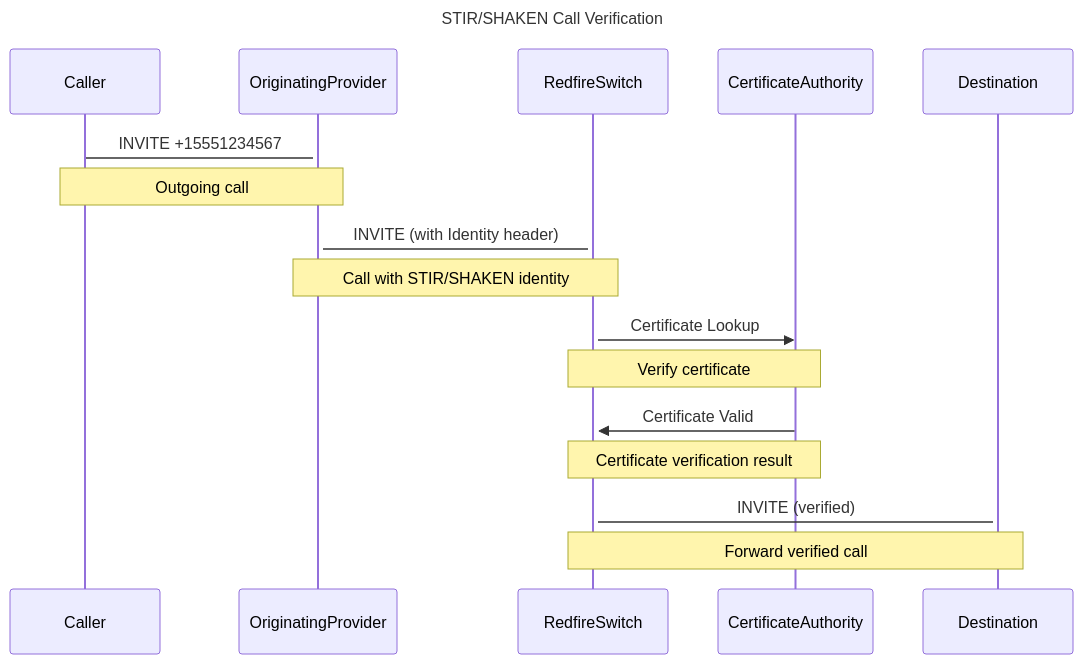
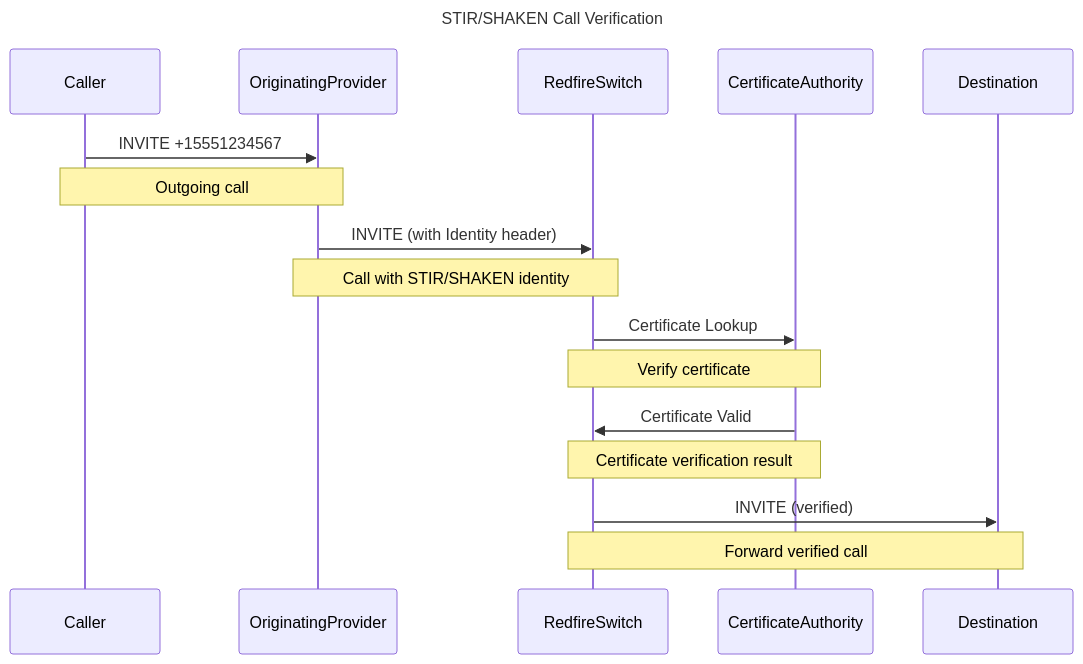
The diagram in docs/generated/call_flows/stir/shaken_call_verification.mermaid (carrierone/redfire-switch), drawn with Mermaid before and after one commit. The commit also changed 2 other files, not shown here.

Commit message:
Fix Mermaid sequence diagram activation syntax errors
- Remove participant activation/deactivation symbols that were causing GitHub rendering errors
- Update all sequence diagrams to use standard arrow syntax
- Resolves "Trying to inactivate an inactive participant" error

🤖 Generated with [Claude Code](https://claude.ai/code)

```diff
--- a/docs/generated/call_flows/stir/shaken_call_verification.mermaid
+++ b/docs/generated/call_flows/stir/shaken_call_verification.mermaid
@@ -1,18 +1,18 @@
 sequenceDiagram
     title STIR/SHAKEN Call Verification
     participant Caller
     participant OriginatingProvider
     participant RedfireSwitch
     participant CertificateAuthority
     participant Destination
 
-    Caller ->+ OriginatingProvider: INVITE +15551234567
+    Caller ->> OriginatingProvider: INVITE +15551234567
     Note over Caller,OriginatingProvider: Outgoing call
-    OriginatingProvider ->+ RedfireSwitch: INVITE (with Identity header)
+    OriginatingProvider ->> RedfireSwitch: INVITE (with Identity header)
     Note over OriginatingProvider,RedfireSwitch: Call with STIR/SHAKEN identity
     RedfireSwitch ->> CertificateAuthority: Certificate Lookup
     Note over RedfireSwitch,CertificateAuthority: Verify certificate
     CertificateAuthority ->> RedfireSwitch: Certificate Valid
     Note over CertificateAuthority,RedfireSwitch: Certificate verification result
-    RedfireSwitch ->+ Destination: INVITE (verified)
+    RedfireSwitch ->> Destination: INVITE (verified)
     Note over RedfireSwitch,Destination: Forward verified call
```
